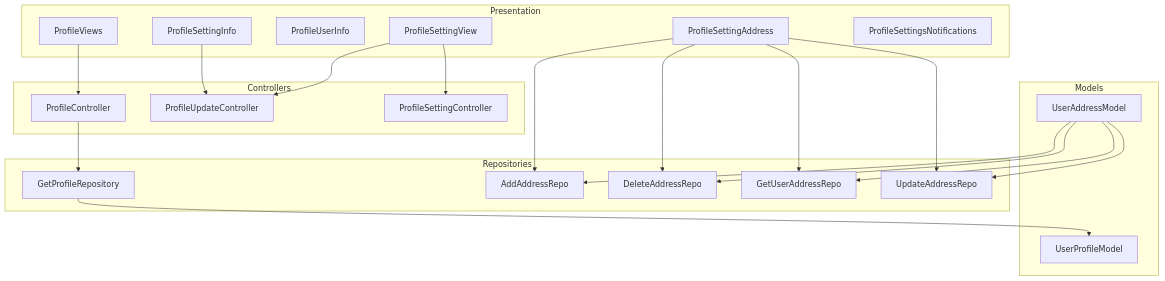
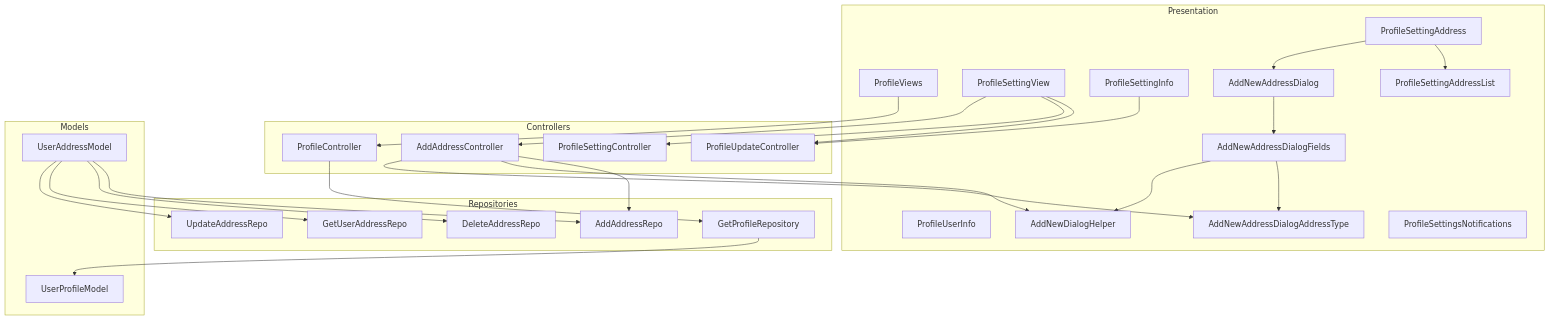
One commit to Ariful3111/FurniGo changed the second of 9 diagrams in .qoder/repowiki/en/content/Core Features/User Profile Management/Profile Management.md. Above: the diagram before and after it, drawn with Mermaid. The commit also changed other lines of this file and 10 other files, not shown here.

````diff
--- a/.qoder/repowiki/en/content/Core Features/User Profile Management/Profile Management.md
+++ b/.qoder/repowiki/en/content/Core Features/User Profile Management/Profile Management.md
@@ -206,41 +235,52 @@
 ```mermaid
 graph TB
 subgraph "Presentation"
 PV["ProfileViews"]
 PSV["ProfileSettingView"]
 PUI["ProfileUserInfo"]
 PSI["ProfileSettingInfo"]
 PSA["ProfileSettingAddress"]
+PSAL["ProfileSettingAddressList"]
+ANAD["AddNewAddressDialog"]
+ANADF["AddNewAddressDialogFields"]
+ANADAT["AddNewAddressDialogAddressType"]
+ANDH["AddNewDialogHelper"]
 PSN["ProfileSettingsNotifications"]
 end
 subgraph "Controllers"
 PC["ProfileController"]
 PUC["ProfileUpdateController"]
 PSC["ProfileSettingController"]
+AAC["AddAddressController"]
 end
 subgraph "Repositories"
 GPR["GetProfileRepository"]
 AAR["AddAddressRepo"]
 DAR["DeleteAddressRepo"]
 GUAR["GetUserAddressRepo"]
 UAR["UpdateAddressRepo"]
 end
 subgraph "Models"
 UPM["UserProfileModel"]
 UAM["UserAddressModel"]
 end
 PV --> PC
 PSV --> PUC
 PSV --> PSC
+PSV --> AAC
 PC --> GPR
 GPR --> UPM
 PSI --> PUC
-PSA --> AAR
-PSA --> DAR
-PSA --> GUAR
-PSA --> UAR
+PSA --> PSAL
+PSA --> ANAD
+ANAD --> ANADF
+ANADF --> ANADAT
+ANADF --> ANDH
+AAC --> AAR
+AAC --> ANDH
+AAC --> ANADAT
 UAM --> AAR
 UAM --> DAR
 UAM --> GUAR
 UAM --> UAR
 ```
````
